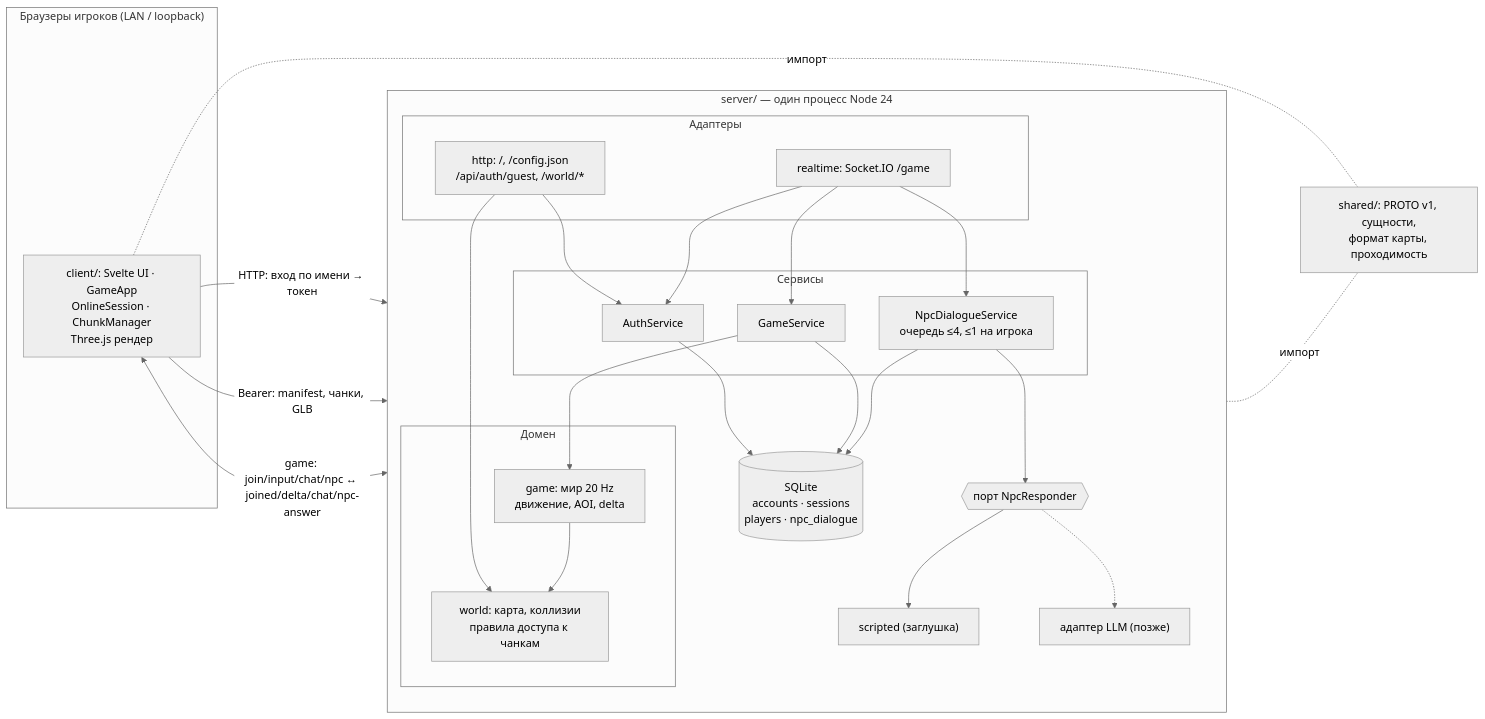
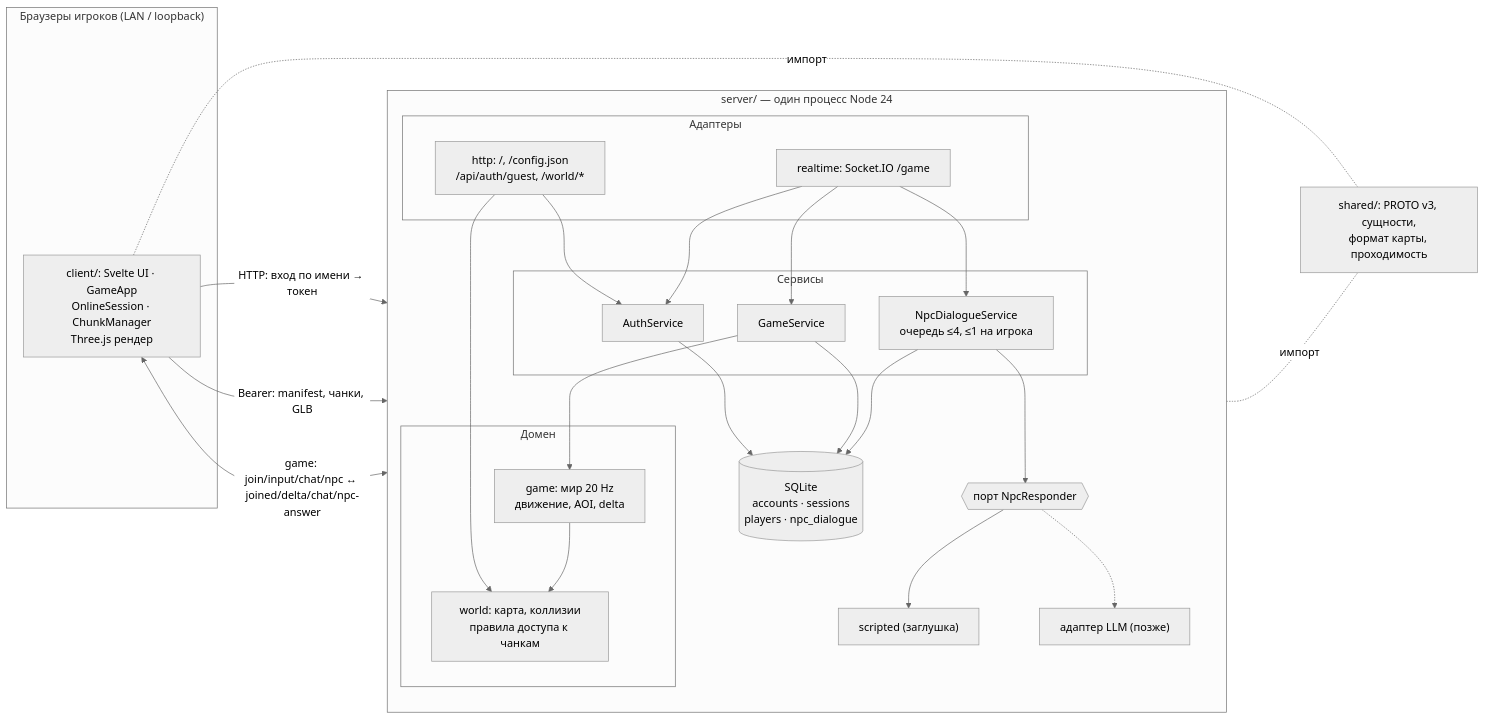
One commit to Nisakoo/Kuda-Nazimat-2026 changed the diagram in architecture.md. Above: the diagram before and after it, drawn with Mermaid (neutral theme). The commit also changed other lines of this file and 97 other files, not shown here.

````diff
--- a/architecture.md
+++ b/architecture.md
@@ -76,45 +78,45 @@
 ```mermaid
 flowchart LR
   subgraph Browsers["Браузеры игроков (LAN / loopback)"]
     C["client/: Svelte UI · GameApp\nOnlineSession · ChunkManager\nThree.js рендер"]
   end
   subgraph Server["server/ — один процесс Node 24"]
     direction TB
     subgraph Adapters["Адаптеры"]
       HTTP["http: /, /config.json\n/api/auth/guest, /world/*"]
       RT["realtime: Socket.IO /game"]
     end
     subgraph Services["Сервисы"]
       AUTH["AuthService"]
       GAME["GameService"]
       NPCS["NpcDialogueService\nочередь ≤4, ≤1 на игрока"]
     end
     subgraph Domain["Домен"]
       WORLD["game: мир 20 Hz\nдвижение, AOI, delta"]
       MAP["world: карта, коллизии\nправила доступа к чанкам"]
     end
     DB[("SQLite\naccounts · sessions\nplayers · npc_dialogue")]
     PORT{{"порт NpcResponder"}}
     STUB["scripted (заглушка)"]
     LLM["адаптер LLM (позже)"]
   end
-  SHARED["shared/: PROTO v1, сущности,\nформат карты, проходимость"]
+  SHARED["shared/: PROTO v3, сущности,\nформат карты, проходимость"]
   C -- "HTTP: вход по имени → токен" --> HTTP
   C -- "Bearer: manifest, чанки, GLB" --> HTTP
   C <-- "game: join/input/chat/npc ↔ joined/delta/chat/npc-answer" --> RT
   HTTP --> AUTH
   HTTP --> MAP
   RT --> AUTH
   RT --> GAME
   RT --> NPCS
   GAME --> WORLD
   WORLD --> MAP
   AUTH --> DB
   GAME --> DB
   NPCS --> DB
   NPCS --> PORT
   PORT --> STUB
   PORT -.-> LLM
   C -. "импорт" .- SHARED
   Server -. "импорт" .- SHARED
 ```
````
